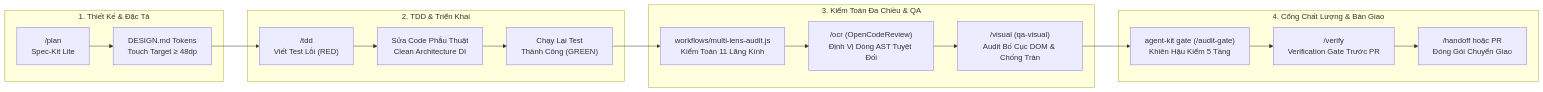
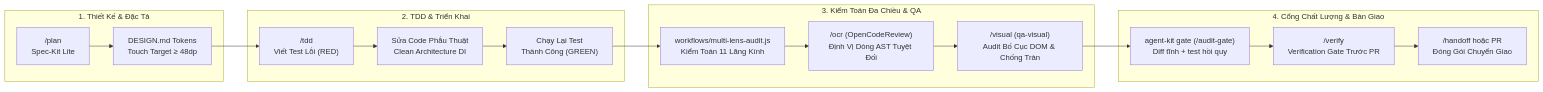
Before and after one commit to ToanMobile/Agent_MCP: the second of 2 diagrams in universal-agent-devkit/README.vi.md, drawn with Mermaid. The commit also changed other lines of this file and 112 other files, not shown here.

````diff
--- a/universal-agent-devkit/README.vi.md
+++ b/universal-agent-devkit/README.vi.md
@@ -152,24 +214,24 @@
 ```mermaid
 flowchart LR
     subgraph Spec_Phase ["1. Thiết Kế & Đặc Tả"]
         A["/plan<br/>Spec-Kit Lite"] --> B["DESIGN.md Tokens<br/>Touch Target ≥ 48dp"]
     end
 
     subgraph TDD_Phase ["2. TDD & Triển Khai"]
         B --> C["/tdd<br/>Viết Test Lỗi (RED)"]
         C --> D["Sửa Code Phẫu Thuật<br/>Clean Architecture DI"]
         D --> E["Chạy Lại Test<br/>Thành Công (GREEN)"]
     end
 
     subgraph Audit_Phase ["3. Kiểm Toán Đa Chiều & QA"]
         E --> F["workflows/multi-lens-audit.js<br/>Kiểm Toán 11 Lăng Kính"]
         F --> G["/ocr (OpenCodeReview)<br/>Định Vị Dòng AST Tuyệt Đối"]
         G --> H["/visual (qa-visual)<br/>Audit Bố Cục DOM & Chống Tràn"]
     end
 
     subgraph Gate_Phase ["4. Cổng Chất Lượng & Bàn Giao"]
-        H --> I["agent-kit gate (/audit-gate)<br/>Khiên Hậu Kiểm 5 Tầng"]
+        H --> I["agent-kit gate (/audit-gate)<br/>Diff tĩnh + test hồi quy"]
         I --> J["/verify<br/>Verification Gate Trước PR"]
         J --> K["/handoff hoặc PR<br/>Đóng Gói Chuyển Giao"]
     end
 ```
````
